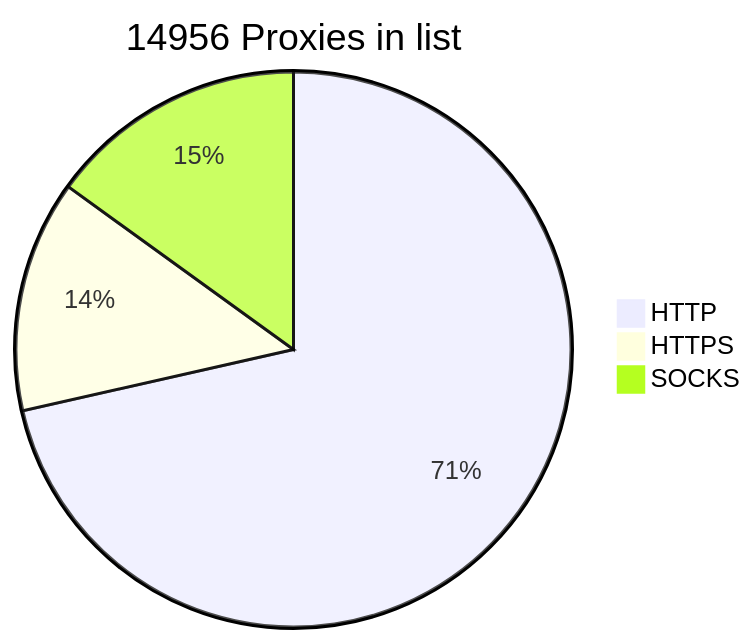
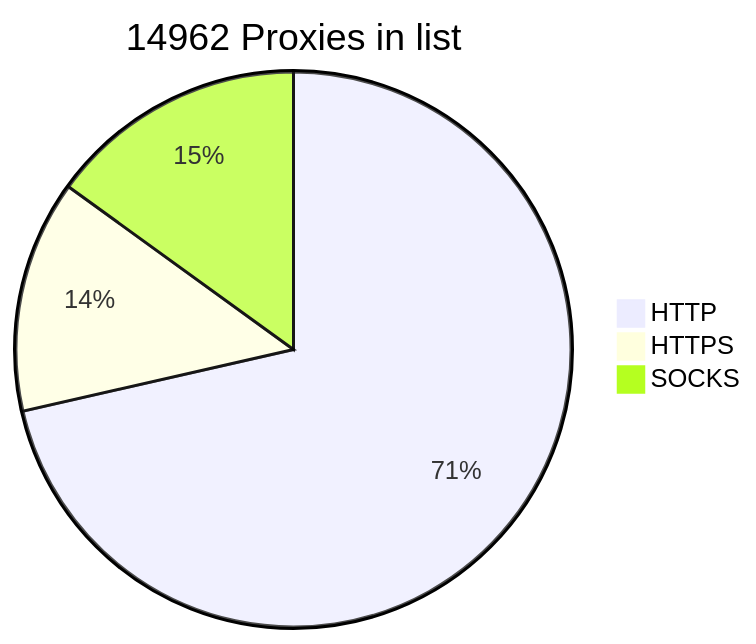
Before and after one commit to BlackSnowDot/proxylist-update-every-minute: the diagram in README.md, drawn with Mermaid.

````diff
--- a/README.md
+++ b/README.md
@@ -2,6 +2,6 @@
 ```mermaid
-pie title 14956 Proxies in list
-    "HTTP" : 11177
-    "HTTPS": 2113
+pie title 14962 Proxies in list
+    "HTTP" : 11178
+    "HTTPS": 2118
     "SOCKS" : 2352
 ```
````
